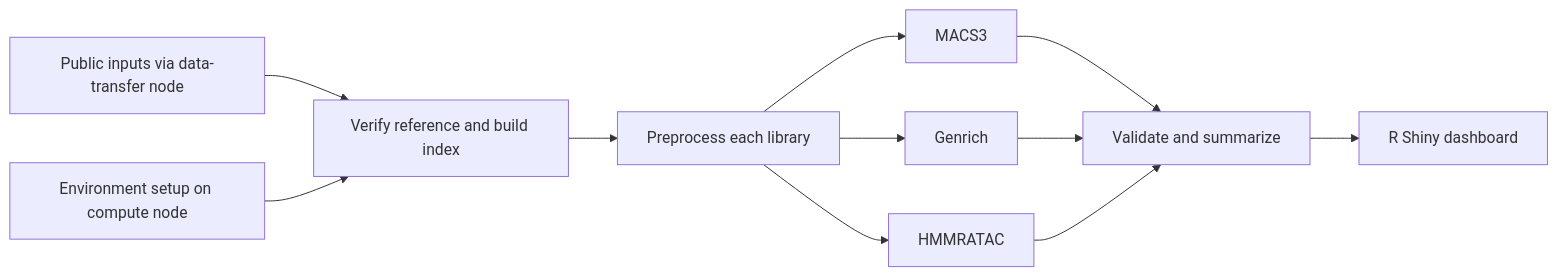
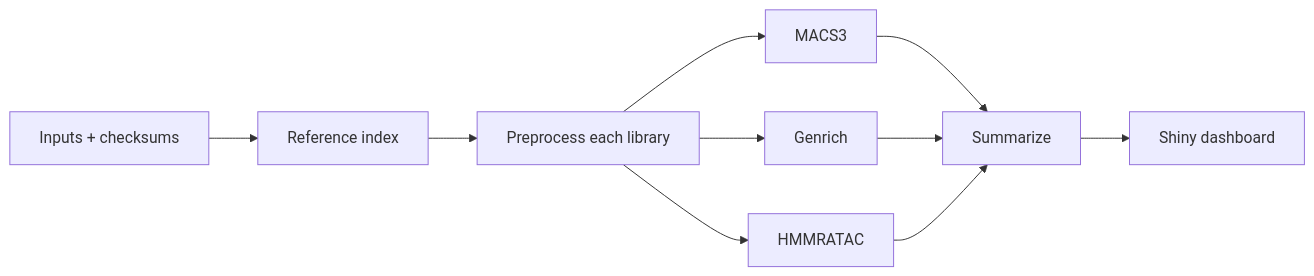
The diagram in docs/study_plan.md (piercetaylor/ATAC-Seq-peak-calling-comparison), drawn with Mermaid before and after one commit. The commit also changed other lines of this file and 8 other files, not shown here.

````diff
--- a/docs/study_plan.md
+++ b/docs/study_plan.md
@@ -36,13 +11,7 @@
 ```mermaid
 flowchart LR
-  A[Public inputs via data-transfer node] --> B[Verify reference and build index]
-  E[Environment setup on compute node] --> B
+  A[Inputs + checksums] --> B[Reference index]
   B --> C[Preprocess each library]
-  C --> D[MACS3]
-  C --> F[Genrich]
-  C --> G[HMMRATAC]
-  D --> H[Validate and summarize]
-  F --> H
-  G --> H
-  H --> I[R Shiny dashboard]
+  C --> D[MACS3] & F[Genrich] & G[HMMRATAC]
+  D & F & G --> H[Summarize] --> I[Shiny dashboard]
 ```
````
